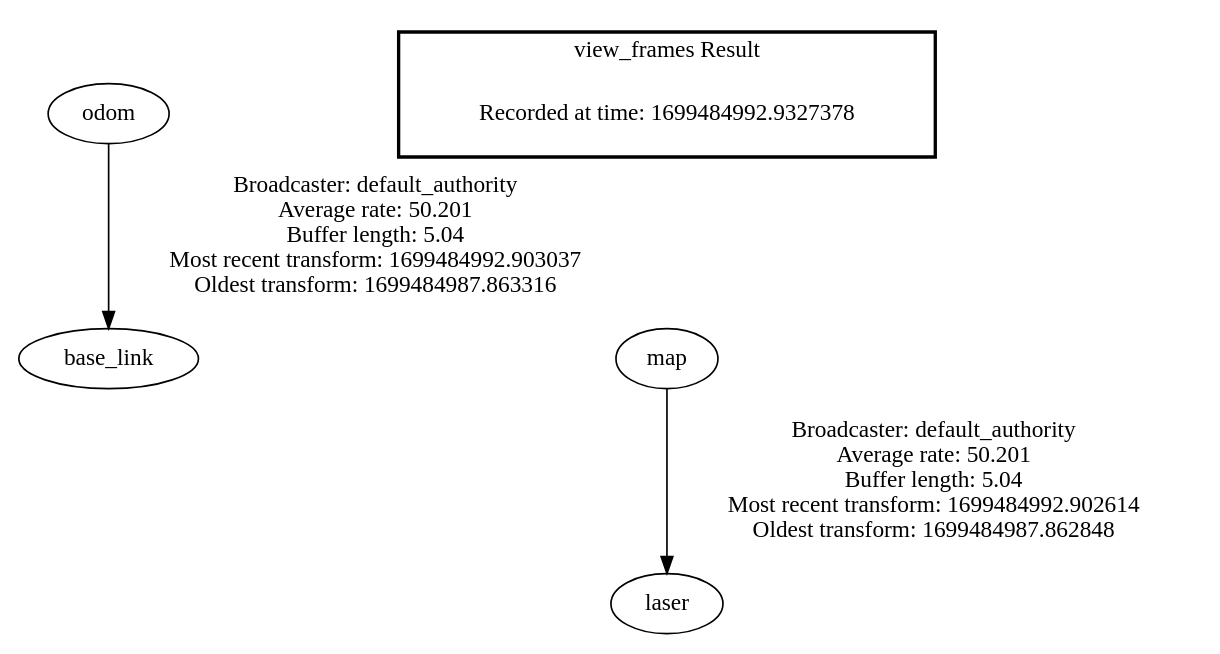
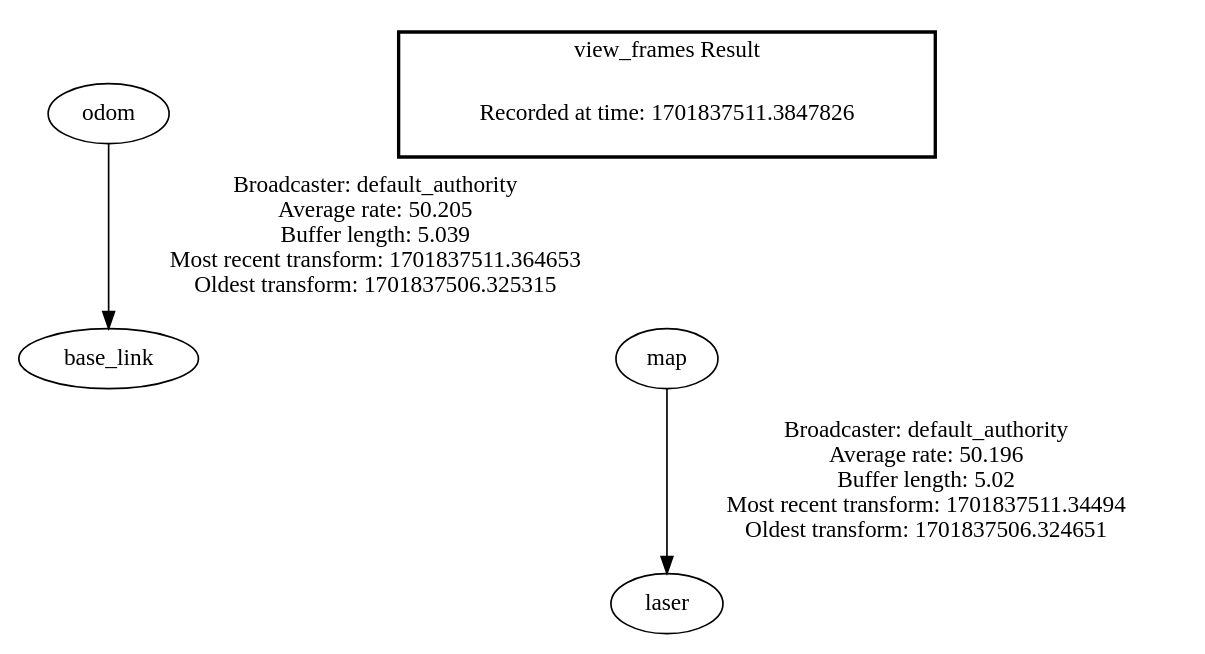
One commit to CMUBOB97/F1Tenth_WS changed the diagram in frames.gv. Above: the diagram before and after it, drawn with Graphviz. The commit also changed 6 other files, not shown here.

```diff
--- a/frames.gv
+++ b/frames.gv
@@ -1,8 +1,8 @@
 digraph G {
-"odom" -> "base_link"[label=" Broadcaster: default_authority\nAverage rate: 50.201\nBuffer length: 5.04\nMost recent transform: 1699484992.903037\nOldest transform: 1699484987.863316\n"];
-"map" -> "laser"[label=" Broadcaster: default_authority\nAverage rate: 50.201\nBuffer length: 5.04\nMost recent transform: 1699484992.902614\nOldest transform: 1699484987.862848\n"];
+"odom" -> "base_link"[label=" Broadcaster: default_authority\nAverage rate: 50.205\nBuffer length: 5.039\nMost recent transform: 1701837511.364653\nOldest transform: 1701837506.325315\n"];
+"map" -> "laser"[label=" Broadcaster: default_authority\nAverage rate: 50.196\nBuffer length: 5.02\nMost recent transform: 1701837511.34494\nOldest transform: 1701837506.324651\n"];
 edge [style=invis];
  subgraph cluster_legend { style=bold; color=black; label ="view_frames Result";
-"Recorded at time: 1699484992.9327378"[ shape=plaintext ] ;
+"Recorded at time: 1701837511.3847826"[ shape=plaintext ] ;
 }->"map";
 }
```
